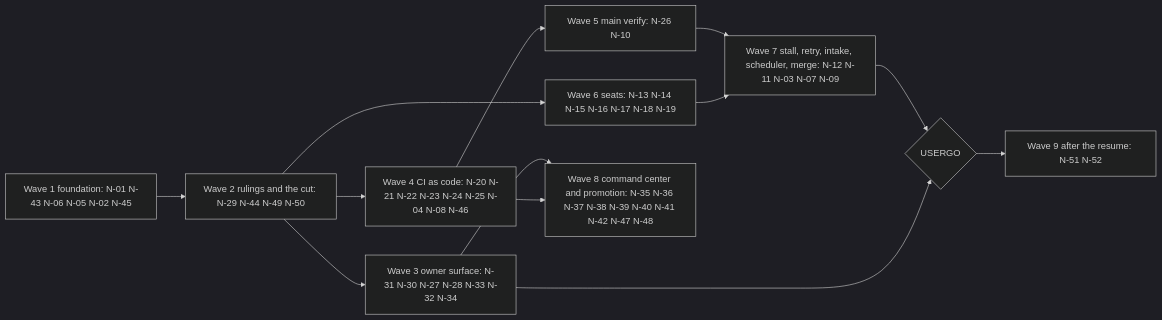
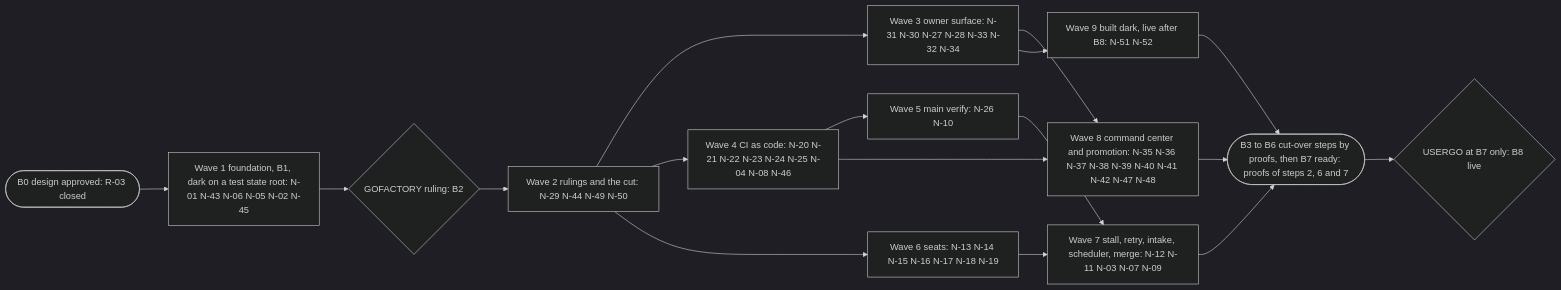
The third of 14 diagrams in rebuild/design/DESIGN.md (jkkelley/coq-jev-herdr-plugin), drawn with Mermaid (dark theme) before and after one commit. The commit also changed other lines of this file and 85 other files, not shown here.

````diff
--- a/rebuild/design/DESIGN.md
+++ b/rebuild/design/DESIGN.md
@@ -477,15 +556,19 @@
 ```mermaid
 flowchart LR
-  W1["Wave 1 foundation: N-01 N-43 N-06 N-05 N-02 N-45"] --> W2["Wave 2 rulings and the cut: N-29 N-44 N-49 N-50"]
+  B0(["B0 design approved: R-03 closed"]) --> W1["Wave 1 foundation, B1, dark on a test state root: N-01 N-43 N-06 N-05 N-02 N-45"]
+  W1 --> GF{"GOFACTORY ruling: B2"}
+  GF --> W2["Wave 2 rulings and the cut: N-29 N-44 N-49 N-50"]
   W2 --> W3["Wave 3 owner surface: N-31 N-30 N-27 N-28 N-33 N-32 N-34"]
   W2 --> W4["Wave 4 CI as code: N-20 N-21 N-22 N-23 N-24 N-25 N-04 N-08 N-46"]
   W4 --> W5["Wave 5 main verify: N-26 N-10"]
   W2 --> W6["Wave 6 seats: N-13 N-14 N-15 N-16 N-17 N-18 N-19"]
   W5 --> W7["Wave 7 stall, retry, intake, scheduler, merge: N-12 N-11 N-03 N-07 N-09"]
   W6 --> W7
   W3 --> W8["Wave 8 command center and promotion: N-35 N-36 N-37 N-38 N-39 N-40 N-41 N-42 N-47 N-48"]
   W4 --> W8
-  W7 --> U{"USERGO"}
-  W3 --> U
-  U --> W9["Wave 9 after the resume: N-51 N-52"]
+  W3 --> W9["Wave 9 built dark, live after B8: N-51 N-52"]
+  W7 --> R(["B3 to B6 cut-over steps by proofs, then B7 ready: proofs of steps 2, 6 and 7"])
+  W8 --> R
+  W9 --> R
+  R --> U{"USERGO at B7 only: B8 live"}
 ```
````
